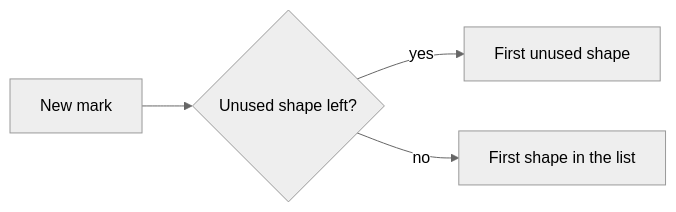
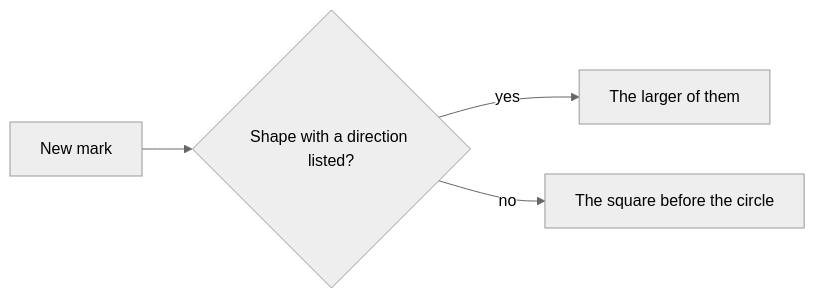
The fourth of 5 diagrams in docs/reference_mark_algorithm.md (ravenoak/layerforge), drawn with Mermaid (neutral theme) before and after one commit. The commit also changed other lines of this file and 19 other files, not shown here.

First line of the commit message:
Choose the shape of a new mark by need, not by list order (#61) (#200)

````diff
--- a/docs/reference_mark_algorithm.md
+++ b/docs/reference_mark_algorithm.md
@@ -108,6 +111,6 @@
 ```mermaid
 flowchart LR
-    N[New mark] --> U{Unused shape left?}
-    U -- yes --> F[First unused shape]
-    U -- no --> S[First shape in the list]
+    N[New mark] --> D{Shape with a direction listed?}
+    D -- yes --> L[The larger of them]
+    D -- no --> S[The square before the circle]
 ```
````
